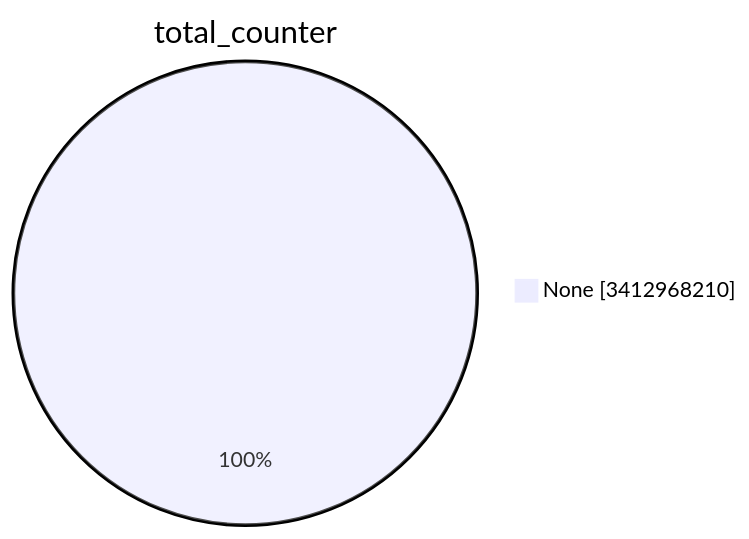
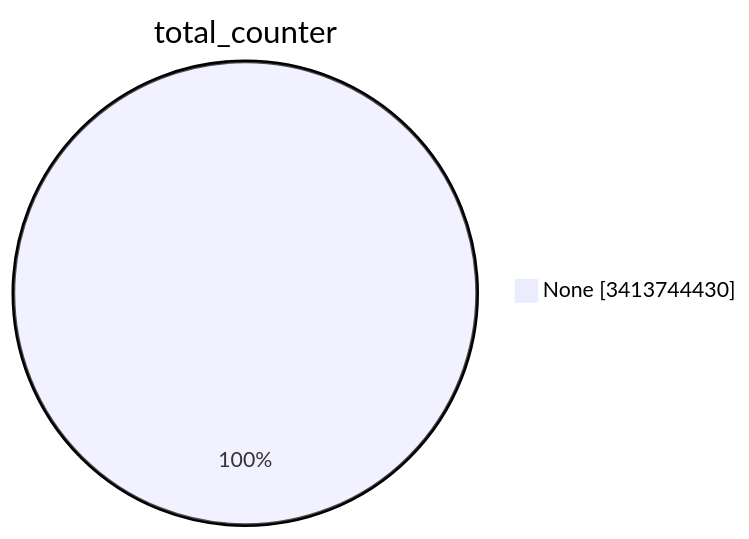
Before and after one commit to christiankrug/ctmonitor_visualization: the first of 15 diagrams in TOTAL/README.md, drawn with Mermaid. The commit also changed other lines of this file, not shown here.

````diff
--- a/TOTAL/README.md
+++ b/TOTAL/README.md
@@ -1,5 +1,5 @@
 ```mermaid
 pie showData
 title total_counter
-"None" :3412968210
+"None" :3413744430
 ```
````
